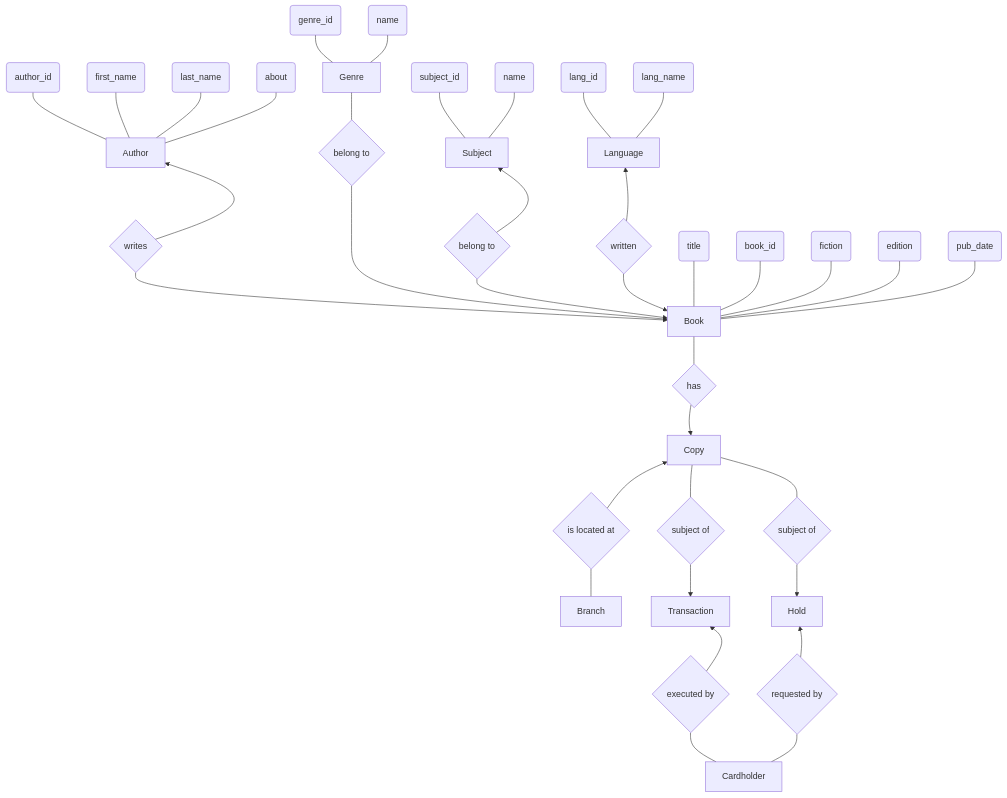
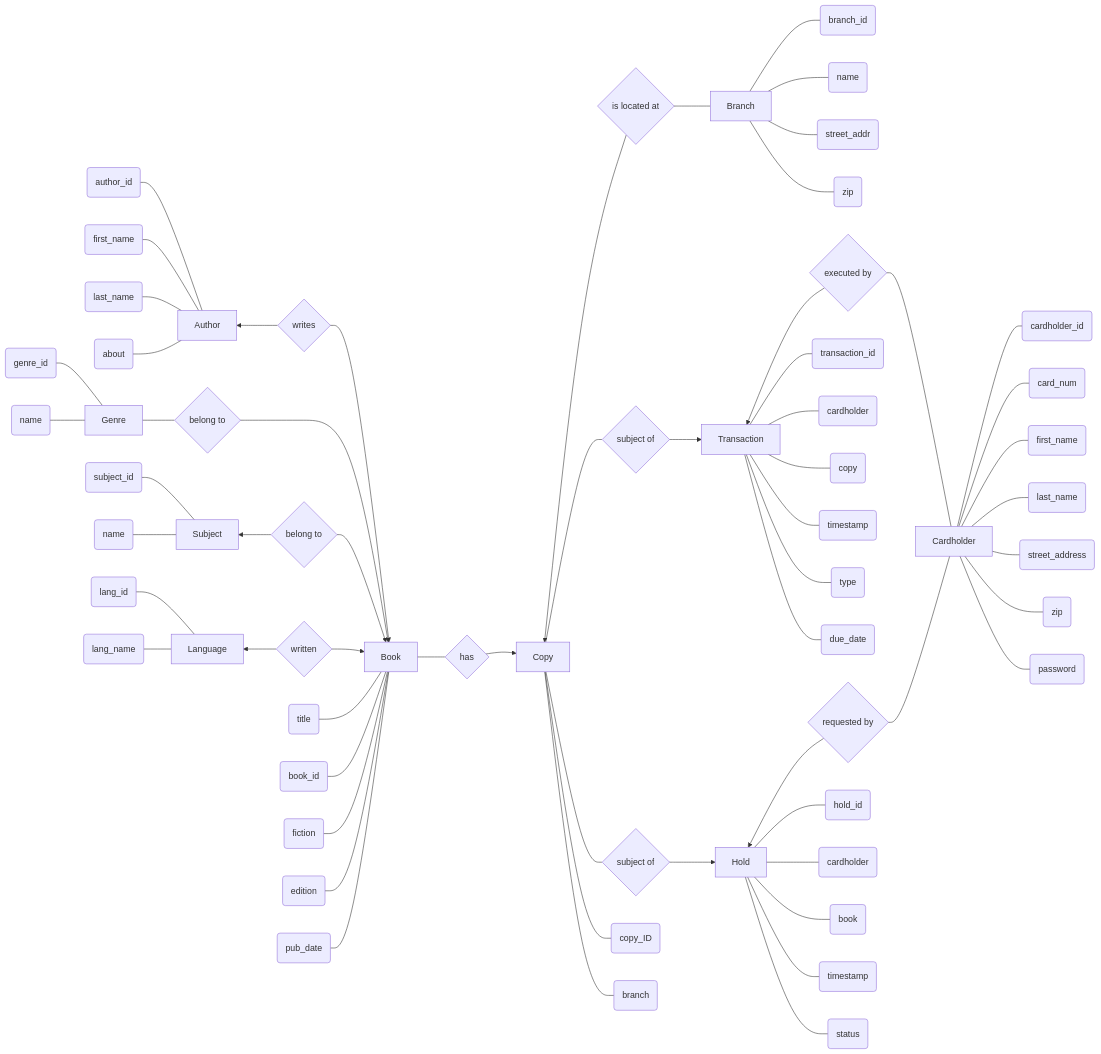
One commit to kelzzzz/CS425-ChiPub changed the diagram in deliverable_1.md. Above: the diagram before and after it, drawn with Mermaid. The commit also changed other lines of this file, not shown here.

Commit message:
Add remaining attributes.
Still needs:
- cardinality arrowheads fixed
- oval shape used for attributes
- reviewed for edits

````diff
--- a/deliverable_1.md
+++ b/deliverable_1.md
@@ -15,38 +15,62 @@
 ```mermaid
-graph TD
+graph LR
     aid(author_id) --- A
     af(first_name) --- A
     al(last_name) --- A
     aa(about) --- A
     A[Author] ~~~ AB{writes} --> A
     gid(genre_id) --- G
     gnm(name) --- G
     G[Genre] --- GB{belong to}
     sid(subject_id) --- S
     sn(name) --- S
     S[Subject] ~~~ SB{belong to} --> S
     lid(lang_id) --- L
     lnm(lang_name) --- L
     L[Language] ~~~ LB{written} --> L
     AB --> B[Book]
     GB ---> B
     SB --> B
     LB --> B
     bt(title) --- B
     bid(book_id) --- B
     bf(fiction) --- B
     be(edition) --- B
     bp(pub_date) --- B
     B --- CB{has}
     C[Copy] ~~~ CB --> C
     C ~~~ CBr{is located at} --> C
+    C --- CT{subject of}
+    C --- CH{subject of}
+    C --- cid(copy_ID)
+    C --- cbr(branch)
     CBr --- Br[Branch]
-    C --- CT{subject of}
+    Br --- brd(branch_id)
+    Br --- bn(name)
+    Br --- ba(street_addr)
+    Br --- bz(zip)
     CT --> T[Transaction]
-    C --- CH{subject of}
     CH --> H[Hold]
     T ~~~ TCh{executed by} --> T
+    T --- tid(transaction_id)
+    T --- tch(cardholder)
+    T --- tcp(copy)
+    T --- tts(timestamp)
+    T --- ttp(type)
+    T --- tdt(due_date)
     TCh --- Ch[Cardholder]
     H ~~~ HCh{requested by} --> H
+    H --- hid(hold_id)
+    H --- hch(cardholder)
+    H --- hbk(book)
+    H --- hts(timestamp)
+    H --- hst(status)
     HCh --- Ch
+    Ch --- chid(cardholder_id)
+    Ch --- chnm(card_num)
+    Ch --- chfn(first_name)
+    Ch --- chln(last_name)
+    Ch --- chsa(street_address)
+    Ch --- chz(zip)
+    Ch --- chpw(password)
 ```
````
